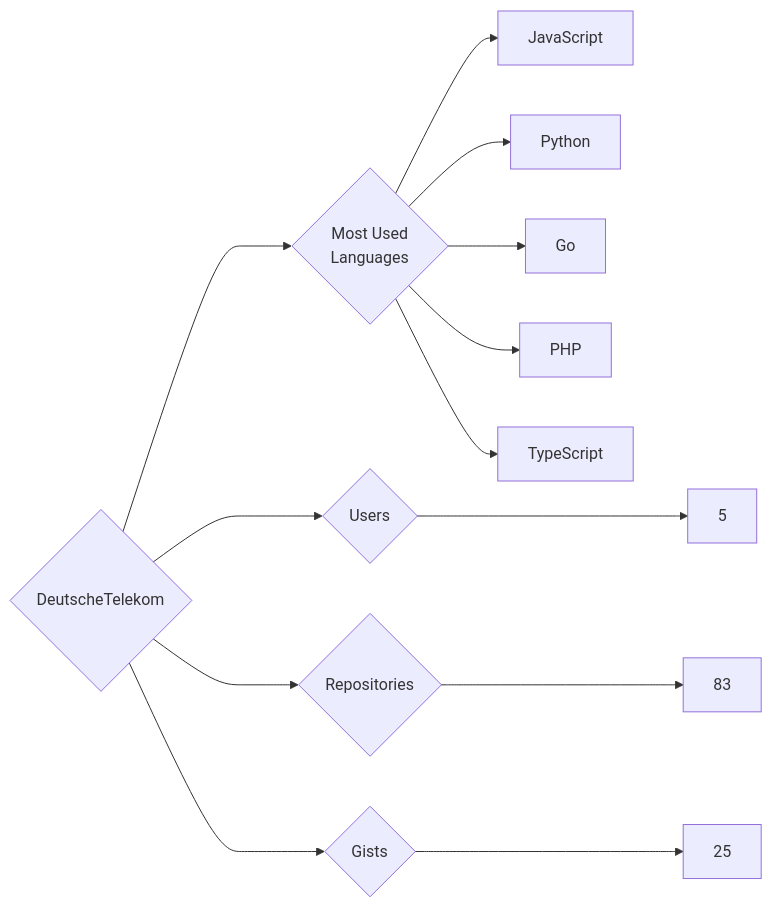
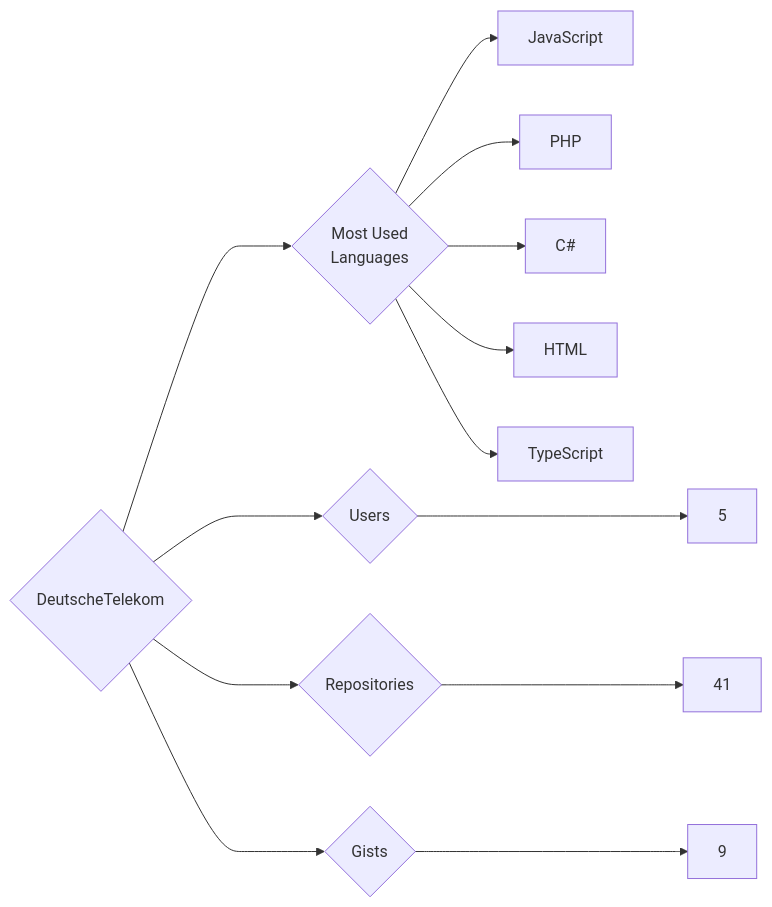
Before and after one commit to trickest/insiders: the diagram in targets/DeutscheTelekom/README.md, drawn with Mermaid. The commit also changed 1170 other files, not shown here.

````diff
--- a/targets/DeutscheTelekom/README.md
+++ b/targets/DeutscheTelekom/README.md
@@ -3,13 +3,13 @@
 ```mermaid
 graph LR
 COMPANY_NAME{DeutscheTelekom}
 COMPANY_NAME ---> U{Users} ---> UN[5]
-COMPANY_NAME ---> R{Repositories} ---> RN[83]
-COMPANY_NAME ---> G{Gists} ---> GN[25]
+COMPANY_NAME ---> R{Repositories} ---> RN[41]
+COMPANY_NAME ---> G{Gists} ---> GN[9]
 COMPANY_NAME ---> ML{Most Used<br>Languages}
 ML --> JavaScript[JavaScript]
-ML --> Python[Python]
-ML --> Go[Go]
 ML --> PHP[PHP]
+ML --> C#[C#]
+ML --> HTML[HTML]
 ML --> TypeScript[TypeScript]
 ```
````
